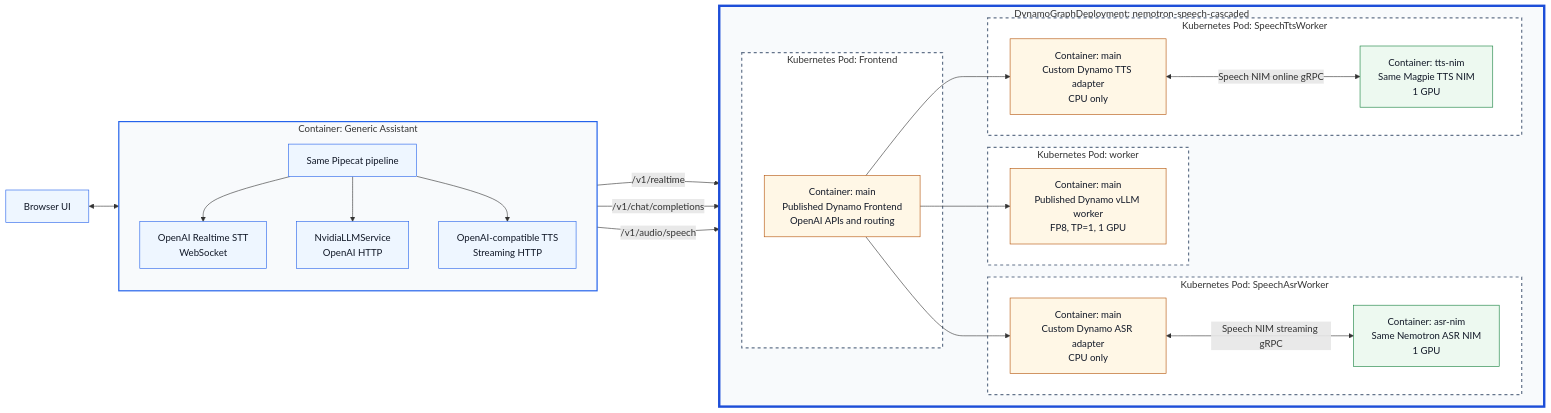
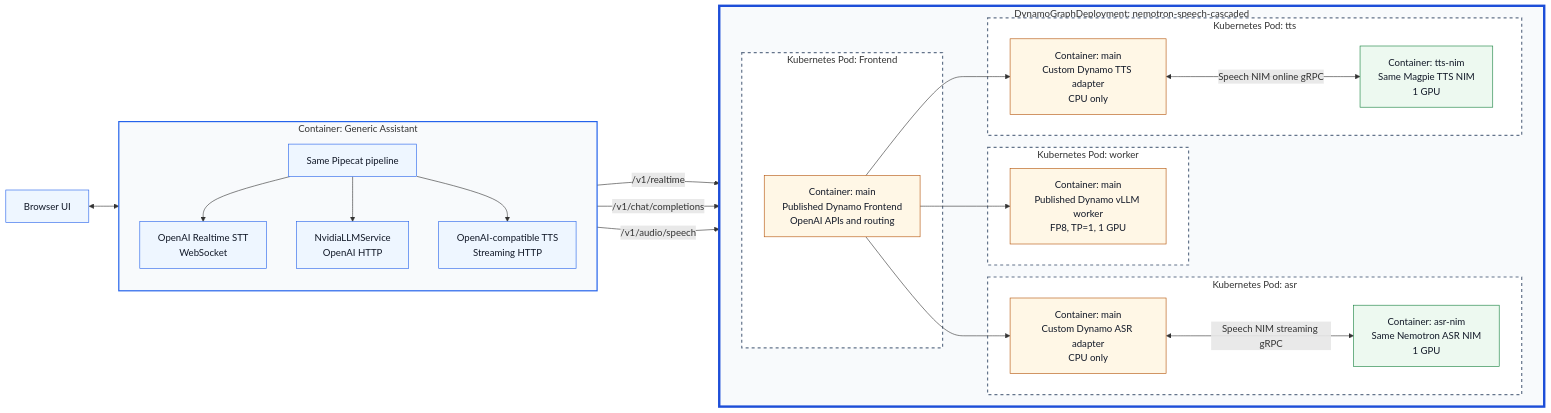
The diagram in examples/nemotron_speech_cascaded_pipeline/README.md (ai-dynamo/dynamo), drawn with Mermaid before and after one commit. The commit also changed other lines of this file and 1 other file, not shown here.

Commit message:
fix(examples): use distinct speech stage component names
Keep canonical LLM worker while naming speech stages asr and tts. Grove's first-suffix template lookup otherwise selects the worker template for SpeechTtsWorker.

Validation: pre-commit and server-side admission pass; recreated DGD produces both expected NIM sidecars on Nebius.

````diff
--- a/examples/nemotron_speech_cascaded_pipeline/README.md
+++ b/examples/nemotron_speech_cascaded_pipeline/README.md
@@ -30,64 +30,64 @@
 ```mermaid
 flowchart LR
     Browser["Browser UI"]
 
     subgraph PipecatContainer["Container: Generic Assistant"]
         direction TB
         Pipecat["Same Pipecat pipeline"]
         STTClient["OpenAI Realtime STT<br/>WebSocket"]
         LLMClient["NvidiaLLMService<br/>OpenAI HTTP"]
         TTSClient["OpenAI-compatible TTS<br/>Streaming HTTP"]
     end
 
     subgraph DGD["DynamoGraphDeployment: nemotron-speech-cascaded"]
         direction LR
 
         subgraph FrontendPod["Kubernetes Pod: Frontend"]
             Frontend["Container: main<br/>Published Dynamo Frontend<br/>OpenAI APIs and routing"]
         end
 
-        subgraph ASRPod["Kubernetes Pod: SpeechAsrWorker"]
+        subgraph ASRPod["Kubernetes Pod: asr"]
             ASRWorker["Container: main<br/>Custom Dynamo ASR adapter<br/>CPU only"]
             ASR["Container: asr-nim<br/>Same Nemotron ASR NIM<br/>1 GPU"]
         end
 
         subgraph LLMPod["Kubernetes Pod: worker"]
             LLMWorker["Container: main<br/>Published Dynamo vLLM worker<br/>FP8, TP=1, 1 GPU"]
         end
 
-        subgraph TTSPod["Kubernetes Pod: SpeechTtsWorker"]
+        subgraph TTSPod["Kubernetes Pod: tts"]
             TTSWorker["Container: main<br/>Custom Dynamo TTS adapter<br/>CPU only"]
             TTS["Container: tts-nim<br/>Same Magpie TTS NIM<br/>1 GPU"]
         end
     end
 
     Browser <--> Pipecat
 
     Pipecat --> STTClient
     STTClient -->|"/v1/realtime"| Frontend
     Frontend --> ASRWorker
     ASRWorker <-->|"Speech NIM streaming gRPC"| ASR
 
     Pipecat --> LLMClient
     LLMClient -->|"/v1/chat/completions"| Frontend
     Frontend --> LLMWorker
 
     Pipecat --> TTSClient
     TTSClient -->|"/v1/audio/speech"| Frontend
     Frontend --> TTSWorker
     TTSWorker <-->|"Speech NIM online gRPC"| TTS
 
     classDef client fill:#eef6ff,stroke:#2563eb,color:#111827
     classDef dynamo fill:#fff7e6,stroke:#b45309,color:#111827
     classDef nim fill:#edf9f0,stroke:#15803d,color:#111827
     class Browser,Pipecat,STTClient,LLMClient,TTSClient client
     class Frontend,ASRWorker,LLMWorker,TTSWorker dynamo
     class ASR,TTS nim
 
     style PipecatContainer fill:#f8fafc,stroke:#2563eb,stroke-width:2px
     style DGD fill:#f8fafc,stroke:#1d4ed8,stroke-width:4px
     style FrontendPod fill:#ffffff,stroke:#64748b,stroke-width:2px,stroke-dasharray:5 5
     style ASRPod fill:#ffffff,stroke:#64748b,stroke-width:2px,stroke-dasharray:5 5
     style LLMPod fill:#ffffff,stroke:#64748b,stroke-width:2px,stroke-dasharray:5 5
     style TTSPod fill:#ffffff,stroke:#64748b,stroke-width:2px,stroke-dasharray:5 5
 ```
````
